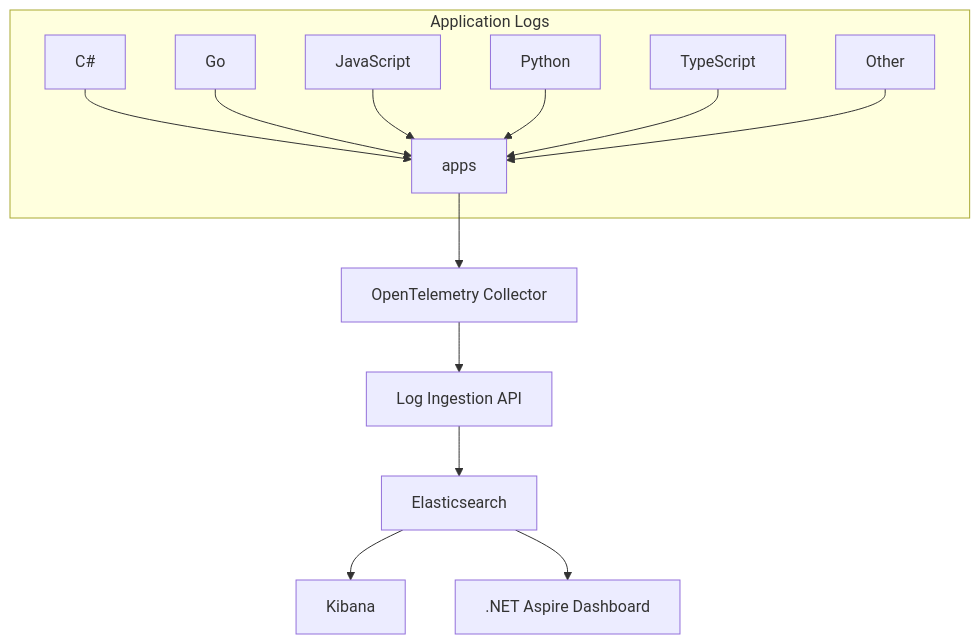
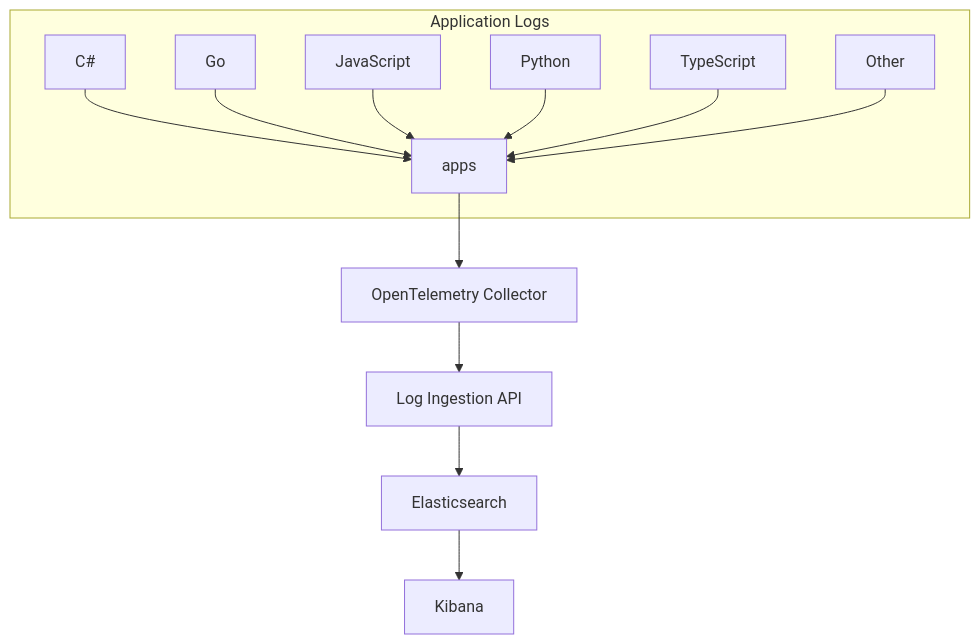
The diagram in README.md (jgador/loggle), drawn with Mermaid before and after one commit. The commit also changed other lines of this file, not shown here.

Commit message:
feat: Remove references to .NET Aspire Dashboard and video tutorial from README

````diff
--- a/README.md
+++ b/README.md
@@ -131,24 +113,23 @@
 ```mermaid
 flowchart TB
     csharp["C#"]
     go["Go"]
     javascript["JavaScript"]
     python["Python"]
     typescript["TypeScript"]
     others["Other"]
 
     subgraph sources["Application Logs"]
         csharp --> apps
         go --> apps
         javascript --> apps
         python --> apps
         typescript --> apps
         others --> apps
     end
 
     apps --> collector["OpenTelemetry Collector"]
     collector --> ingestion["Log Ingestion API"]
     ingestion --> elastic["Elasticsearch"]
     elastic --> kibana["Kibana"]
-    elastic --> aspire[".NET Aspire Dashboard"]
 ```
````
